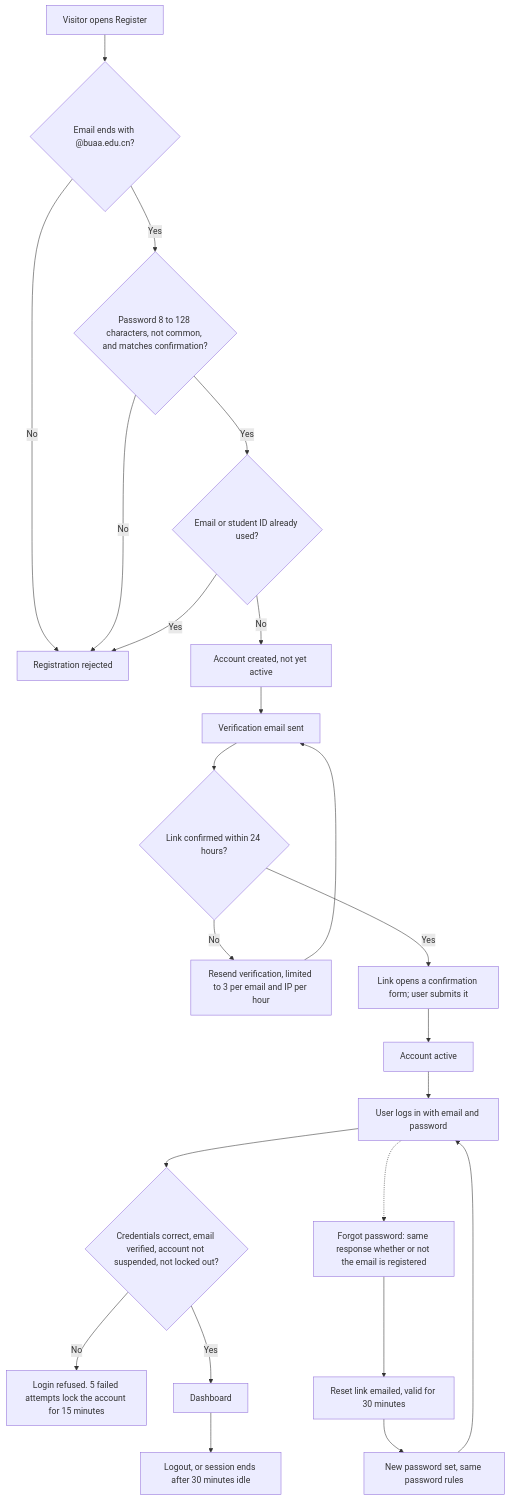
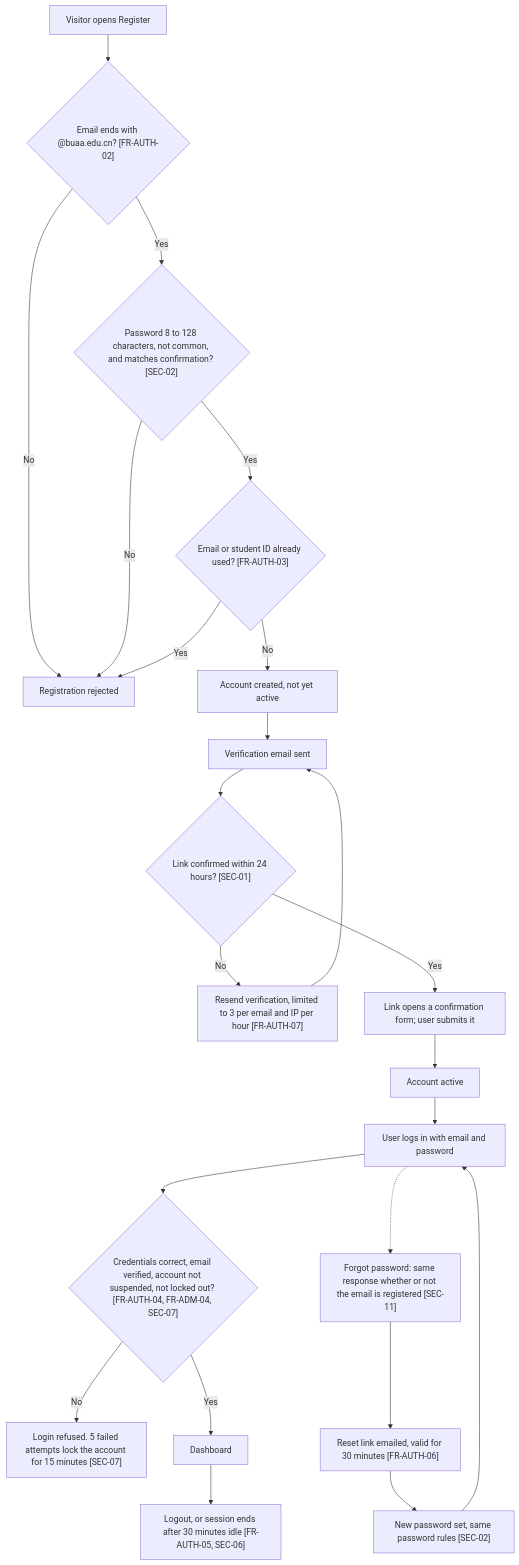
One commit to bhsei/26F changed the fourth of 4 diagrams in docs/requirements/SRS4.0.md. Above: the diagram before and after it, drawn with Mermaid. The commit also changed other lines of this file, not shown here.

````diff
--- a/docs/requirements/SRS4.0.md
+++ b/docs/requirements/SRS4.0.md
@@ -494,25 +663,25 @@
 ```mermaid
 flowchart TD
-    A[Visitor opens Register] --> B{"Email ends with @buaa.edu.cn?"}
+    A[Visitor opens Register] --> B{"Email ends with @buaa.edu.cn? [FR-AUTH-02]"}
     B -- No --> X[Registration rejected]
-    B -- Yes --> P{"Password 8 to 128 characters, not common, and matches confirmation?"}
+    B -- Yes --> P{"Password 8 to 128 characters, not common, and matches confirmation? [SEC-02]"}
     P -- No --> X
-    P -- Yes --> C{"Email or student ID already used?"}
+    P -- Yes --> C{"Email or student ID already used? [FR-AUTH-03]"}
     C -- Yes --> X
     C -- No --> D[Account created, not yet active]
     D --> M[Verification email sent]
-    M --> V{"Link confirmed within 24 hours?"}
-    V -- No --> R["Resend verification, limited to 3 per email and IP per hour"]
+    M --> V{"Link confirmed within 24 hours? [SEC-01]"}
+    V -- No --> R["Resend verification, limited to 3 per email and IP per hour [FR-AUTH-07]"]
     R --> M
     V -- Yes --> Q["Link opens a confirmation form; user submits it"]
     Q --> E[Account active]
     E --> L[User logs in with email and password]
-    L --> K{"Credentials correct, email verified, account not suspended, not locked out?"}
-    K -- No --> Y["Login refused. 5 failed attempts lock the account for 15 minutes"]
+    L --> K{"Credentials correct, email verified, account not suspended, not locked out? [FR-AUTH-04, FR-ADM-04, SEC-07]"}
+    K -- No --> Y["Login refused. 5 failed attempts lock the account for 15 minutes [SEC-07]"]
     K -- Yes --> F[Dashboard]
-    F --> G["Logout, or session ends after 30 minutes idle"]
-    L -.-> FP["Forgot password: same response whether or not the email is registered"]
-    FP --> RL["Reset link emailed, valid for 30 minutes"]
-    RL --> NP["New password set, same password rules"]
+    F --> G["Logout, or session ends after 30 minutes idle [FR-AUTH-05, SEC-06]"]
+    L -.-> FP["Forgot password: same response whether or not the email is registered [SEC-11]"]
+    FP --> RL["Reset link emailed, valid for 30 minutes [FR-AUTH-06]"]
+    RL --> NP["New password set, same password rules [SEC-02]"]
     NP --> L
 ```
````
